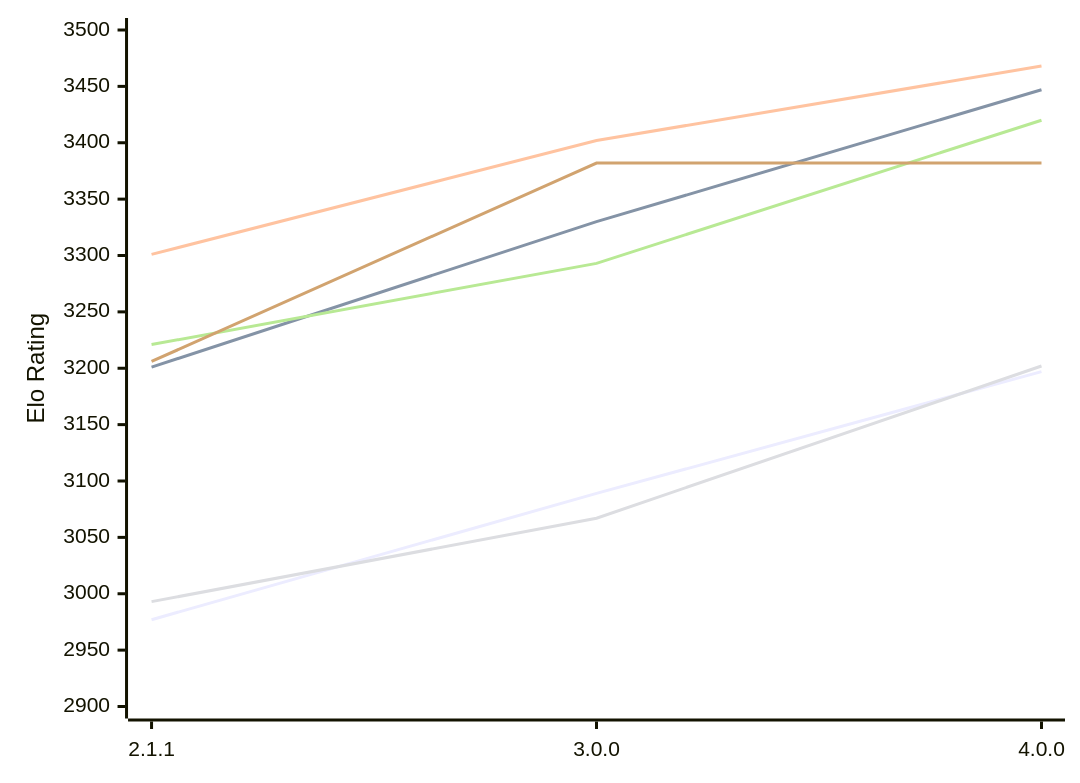
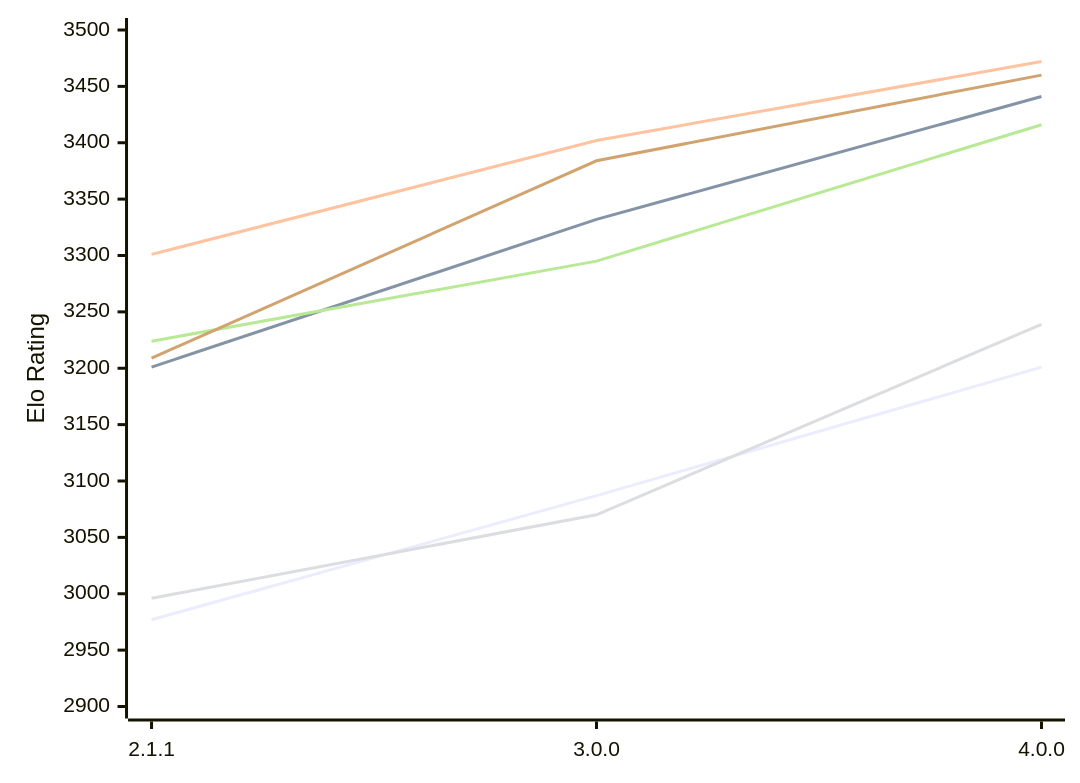
The first of 2 diagrams in engines/Bread.md (computer-chess-index/cci), drawn with Mermaid before and after one commit. The commit also changed other lines of this file, not shown here.

Commit message:
Update CCI Ratings (ELO VLTC) - 2026-11-24

````diff
--- a/engines/Bread.md
+++ b/engines/Bread.md
@@ -53,12 +53,12 @@
 ```mermaid
 %%{init: {"theme":"base","themeVariables":{"seriesColors:['#a3a3a3','#222221','#faa371']}}}%%
 xychart-beta
   x-axis ["2.1.1", "3.0.0", "4.0.0"]
   y-axis "Elo Rating" 2900 --> 3500
-  line "E1: STC (8.0+0.08s)" [2977, 3089, 3197]
-  line "E1: LTC (60.0+0.60s)" [3201, 3330, 3447]
-  line "E1: VLTC (2m24s+1.12s)" [3301, 3402, 3468]
-  line "P1: STC (8.0+0.08s)" [2993, 3067, 3202]
-  line "P1: LTC (60.0+0.60s)" [3221, 3293, 3420]
-  line "P1: VLTC (2m24s+1.12s)" [3206, 3382, 3382]
+  line "E1: STC (8.0+0.08s)" [2977, 3087, 3201]
+  line "E1: LTC (60.0+0.60s)" [3201, 3332, 3441]
+  line "E1: VLTC (2m24s+1.12s)" [3301, 3402, 3472]
+  line "P1: STC (8.0+0.08s)" [2996, 3070, 3239]
+  line "P1: LTC (60.0+0.60s)" [3224, 3295, 3416]
+  line "P1: VLTC (2m24s+1.12s)" [3209, 3384, 3460]
 ```
````
